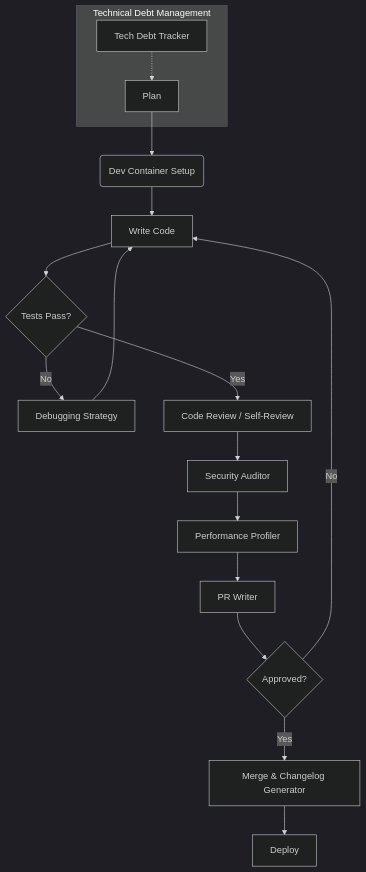
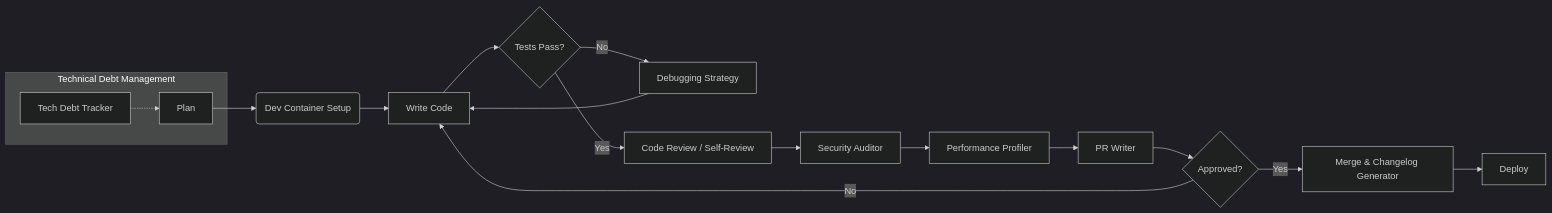
One commit to j4flmao/agent-skills changed the diagram in docs/operations/dev-loop-guide.md. Above: the diagram before and after it, drawn with Mermaid (dark theme). The commit also changed 346 other files, not shown here.

Commit message:
style: Change Mermaid graphs from Top-Down (TD) to Left-Right (LR) to prevent extreme width and tiny text rendering

````diff
--- a/docs/operations/dev-loop-guide.md
+++ b/docs/operations/dev-loop-guide.md
@@ -52,20 +52,20 @@
 ```mermaid
-graph TD
+graph LR
     A[Plan] --> B(Dev Container Setup)
     B --> C[Write Code]
     C --> D{Tests Pass?}
     D -->|No| E[Debugging Strategy]
     E --> C
     D -->|Yes| F[Code Review / Self-Review]
     F --> G[Security Auditor]
     G --> H[Performance Profiler]
     H --> I[PR Writer]
     I --> J{Approved?}
     J -->|No| C
     J -->|Yes| K[Merge & Changelog Generator]
     K --> L[Deploy]
     
     subgraph Technical Debt Management
     M[Tech Debt Tracker] -.-> A
     end
 ```
````
